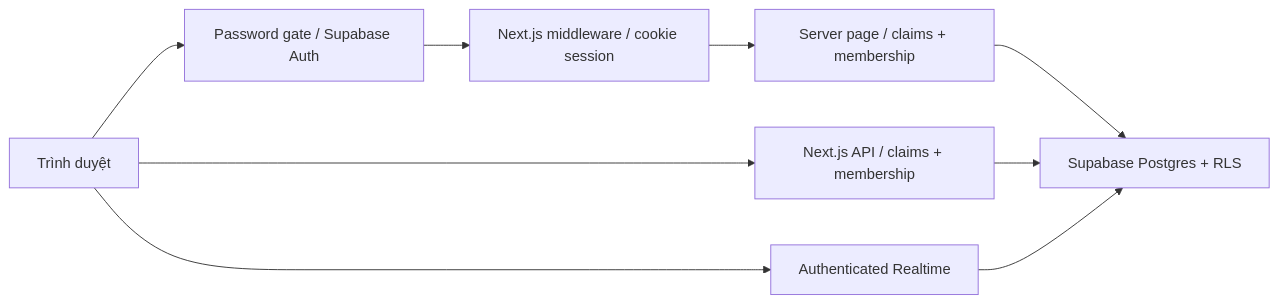
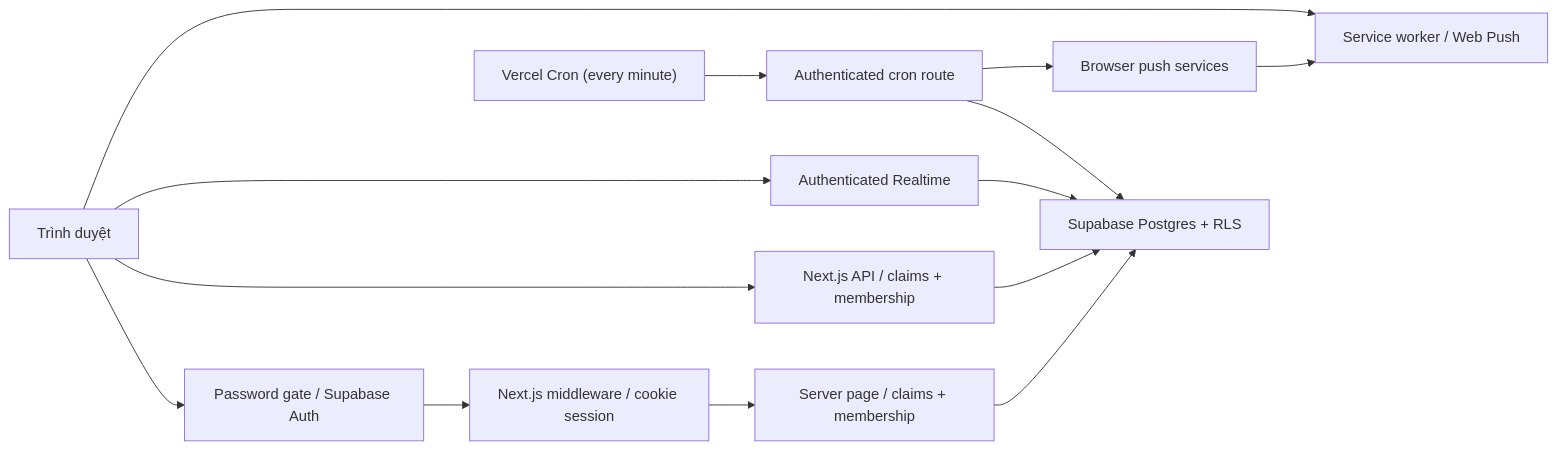
The first of 2 diagrams in docs/ARCHITECTURE.md (tqt97/QNwKu), drawn with Mermaid before and after one commit. The commit also changed other lines of this file and 30 other files, not shown here.

Commit message:
feat: add PWA push reminders and update flow

````diff
--- a/docs/ARCHITECTURE.md
+++ b/docs/ARCHITECTURE.md
@@ -7,11 +7,16 @@
 ```mermaid
 flowchart LR
   Browser["Trình duyệt"] --> Gate["Password gate / Supabase Auth"]
   Gate --> Middleware["Next.js middleware / cookie session"]
   Middleware --> Page["Server page / claims + membership"]
   Page --> Supabase["Supabase Postgres + RLS"]
   Browser --> API["Next.js API / claims + membership"]
   API --> Supabase
   Browser --> Realtime["Authenticated Realtime"]
   Realtime --> Supabase
+  Browser --> SW["Service worker / Web Push"]
+  Cron["Vercel Cron (every minute)"] --> PushAPI["Authenticated cron route"]
+  PushAPI --> Supabase
+  PushAPI --> PushService["Browser push services"]
+  PushService --> SW
 ```
````
